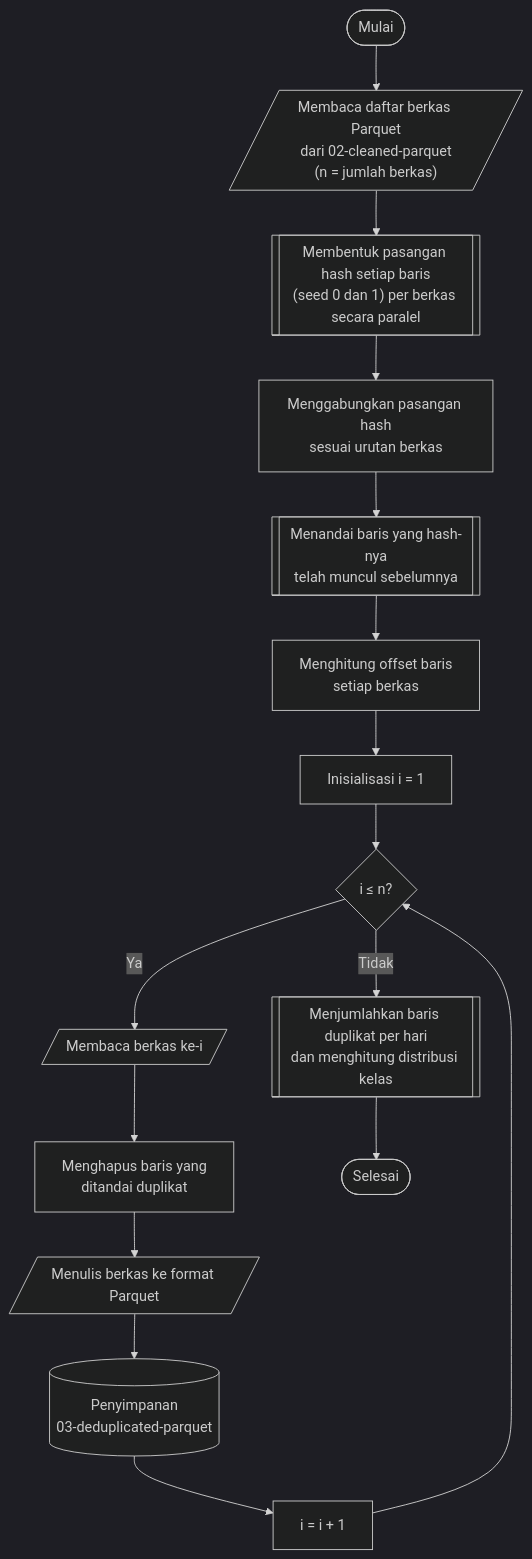
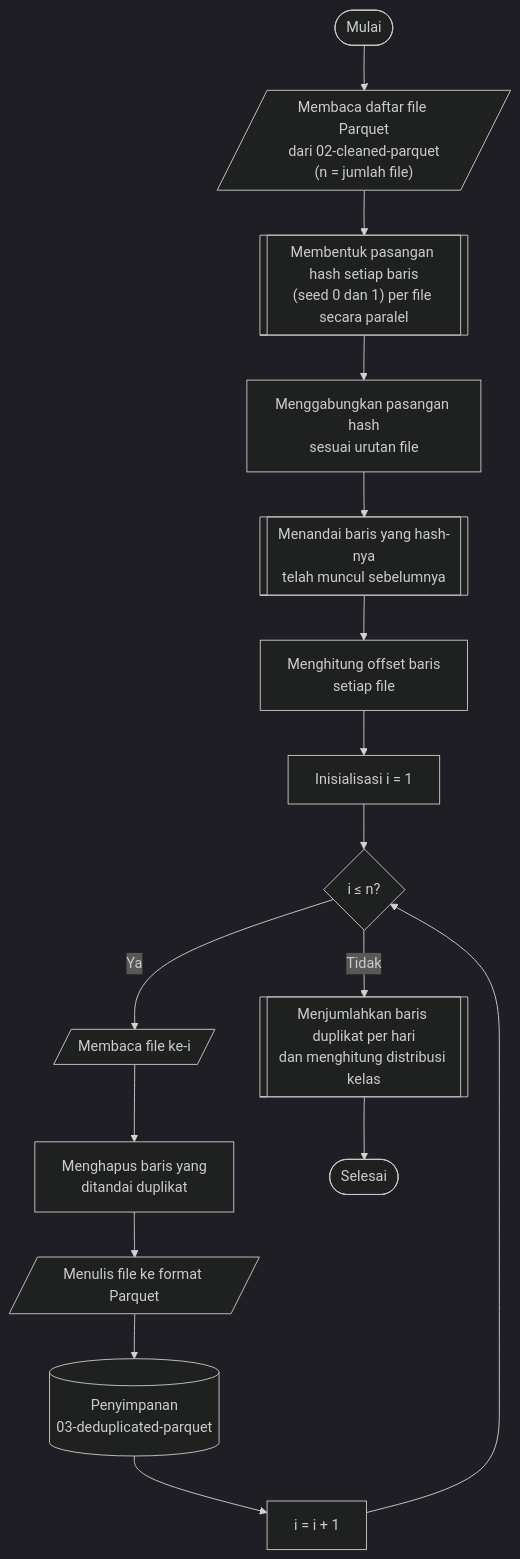
The diagram in thesis/04_bab_04/04_penghapusan_data_duplikat.md (JoxNeis/mlids-robustness), drawn with Mermaid (dark theme) before and after one commit. The commit also changed other lines of this file and 27 other files, not shown here.

````diff
--- a/thesis/04_bab_04/04_penghapusan_data_duplikat.md
+++ b/thesis/04_bab_04/04_penghapusan_data_duplikat.md
@@ -17,21 +23,21 @@
 ```mermaid
 flowchart TD
     mulai(["Mulai"])
-    mulai --> daftar[/"Membaca daftar berkas Parquet<br>dari 02-cleaned-parquet<br>(n = jumlah berkas)"/]
-    daftar --> hash[["Membentuk pasangan hash setiap baris<br>(seed 0 dan 1) per berkas secara paralel"]]
-    hash --> gabung["Menggabungkan pasangan hash<br>sesuai urutan berkas"]
+    mulai --> daftar[/"Membaca daftar file Parquet<br>dari 02-cleaned-parquet<br>(n = jumlah file)"/]
+    daftar --> hash[["Membentuk pasangan hash setiap baris<br>(seed 0 dan 1) per file secara paralel"]]
+    hash --> gabung["Menggabungkan pasangan hash<br>sesuai urutan file"]
     gabung --> tandai[["Menandai baris yang hash-nya<br>telah muncul sebelumnya"]]
-    tandai --> offset["Menghitung offset baris<br>setiap berkas"]
+    tandai --> offset["Menghitung offset baris<br>setiap file"]
     offset --> init_i["Inisialisasi i = 1"]
     init_i --> cek_i{"i ≤ n?"}
 
-    cek_i -->|"Ya"| baca[/"Membaca berkas ke-i"/]
+    cek_i -->|"Ya"| baca[/"Membaca file ke-i"/]
     baca --> hapus["Menghapus baris yang<br>ditandai duplikat"]
-    hapus --> tulis[/"Menulis berkas ke format Parquet"/]
+    hapus --> tulis[/"Menulis file ke format Parquet"/]
     tulis --> simpan[("Penyimpanan<br>03-deduplicated-parquet")]
     simpan --> inc_i["i = i + 1"]
     inc_i --> cek_i
 
     cek_i -->|"Tidak"| laporan[["Menjumlahkan baris duplikat per hari<br>dan menghitung distribusi kelas"]]
     laporan --> selesai(["Selesai"])
 ```
````
